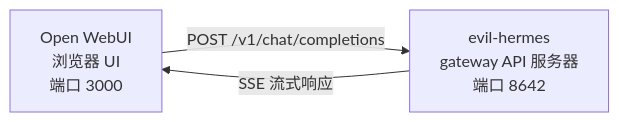
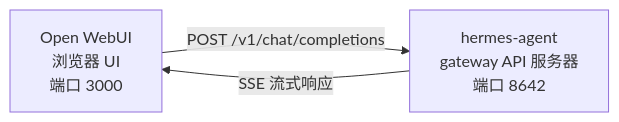
One commit to tanzeelshujahkhan/evil-hermes changed the diagram in website/i18n/zh-Hans/docusaurus-plugin-content-docs/current/user-guide/messaging/open-webui.md. Above: the diagram before and after it, drawn with Mermaid. The commit also changed other lines of this file and 821 other files, not shown here.

First line of the commit message:
Evil-Hermes rebrand: full file-level overlay

````diff
--- a/website/i18n/zh-Hans/docusaurus-plugin-content-docs/current/user-guide/messaging/open-webui.md
+++ b/website/i18n/zh-Hans/docusaurus-plugin-content-docs/current/user-guide/messaging/open-webui.md
@@ -13,7 +13,7 @@
 ```mermaid
 flowchart LR
     A["Open WebUI<br/>浏览器 UI<br/>端口 3000"]
-    B["evil-hermes<br/>gateway API 服务器<br/>端口 8642"]
+    B["hermes-agent<br/>gateway API 服务器<br/>端口 8642"]
     A -->|POST /v1/chat/completions| B
     B -->|SSE 流式响应| A
 ```
````
